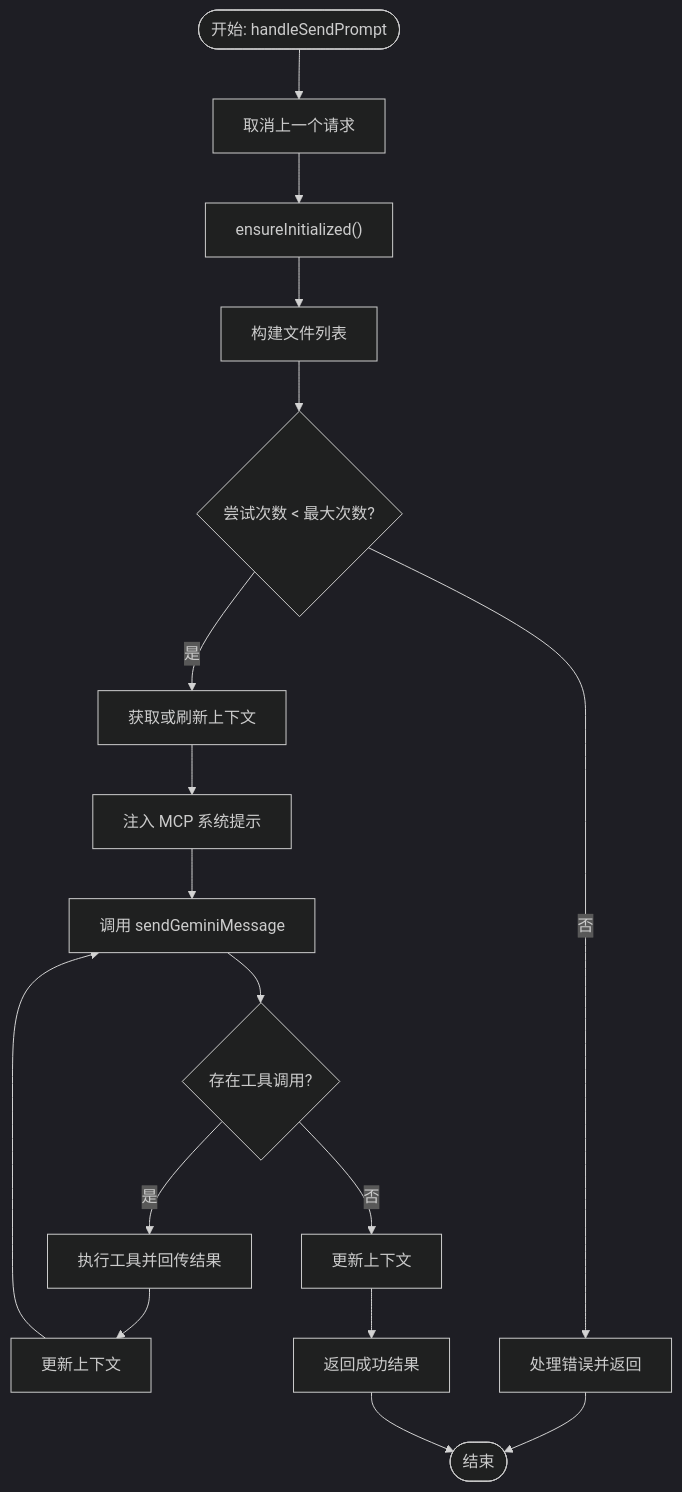
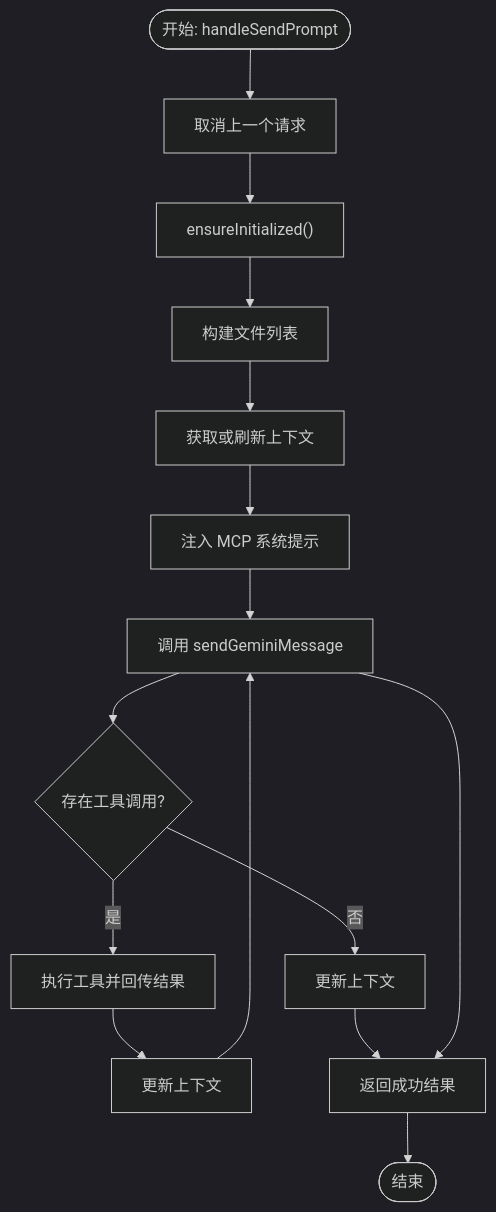
One commit to SEVENTEEN-TAN/gemini-nexus changed the fifth of 10 diagrams in .qoder/repowiki/zh/content/核心模块/会话管理器/会话管理器.md. Above: the diagram before and after it, drawn with Mermaid (dark theme). The commit also changed other lines of this file and 17 other files, not shown here.

````diff
--- a/.qoder/repowiki/zh/content/核心模块/会话管理器/会话管理器.md
+++ b/.qoder/repowiki/zh/content/核心模块/会话管理器/会话管理器.md
@@ -232,19 +238,17 @@
 ```mermaid
 flowchart TD
 Start(["开始: handleSendPrompt"]) --> CancelPrev["取消上一个请求"]
 CancelPrev --> EnsureInit["ensureInitialized()"]
 EnsureInit --> BuildFiles["构建文件列表"]
-BuildFiles --> RetryLoop{"尝试次数 < 最大次数?"}
-RetryLoop --> |是| GetContext["获取或刷新上下文"]
+BuildFiles --> GetContext["获取或刷新上下文"]
 GetContext --> InjectMCP["注入 MCP 系统提示"]
 InjectMCP --> CallAPI["调用 sendGeminiMessage"]
 CallAPI --> ParseTool{"存在工具调用?"}
 ParseTool --> |是| ExecTool["执行工具并回传结果"]
 ExecTool --> UpdateCtx["更新上下文"]
 UpdateCtx --> CallAPI
 ParseTool --> |否| UpdateCtx2["更新上下文"]
 UpdateCtx2 --> ReturnOK["返回成功结果"]
-RetryLoop --> |否| HandleErr["处理错误并返回"]
-HandleErr --> End(["结束"])
-ReturnOK --> End
+CallAPI --> ReturnOK
+ReturnOK --> End(["结束"])
 ```
````
